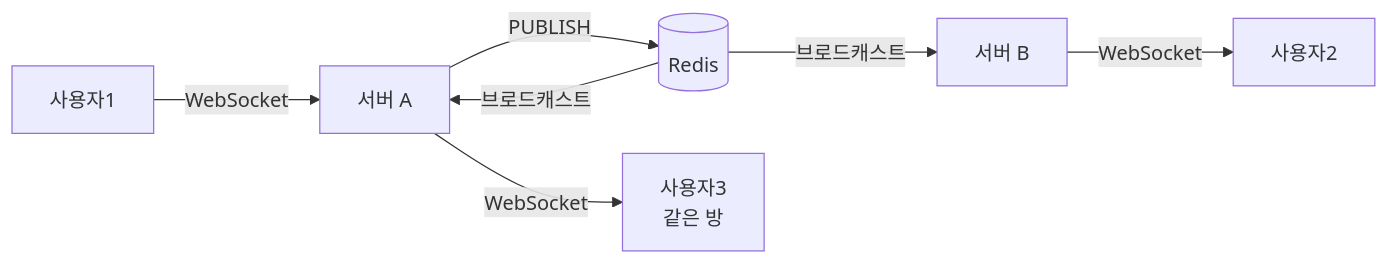
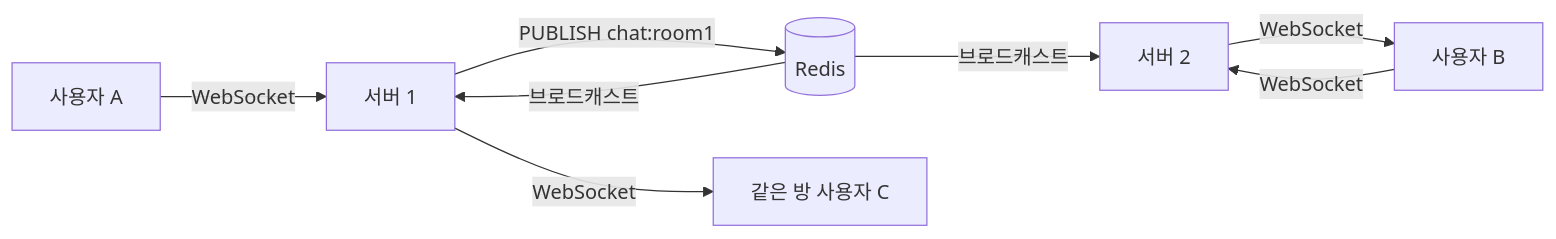
One commit to yjkim2015/yjkim2015.github.io changed the second of 3 diagrams in _posts/redis/2026-05-01-redis-pubsub.md. Above: the diagram before and after it, drawn with Mermaid. The commit also changed other lines of this file and 122 other files, not shown here.

````diff
--- a/_posts/redis/2026-05-01-redis-pubsub.md
+++ b/_posts/redis/2026-05-01-redis-pubsub.md
@@ -260,9 +193,10 @@
 ```mermaid
 graph LR
-    U1[사용자1] -->|WebSocket| SA[서버 A]
-    SA -->|PUBLISH| R[(Redis)]
-    R -->|브로드캐스트| SA
-    R -->|브로드캐스트| SB[서버 B]
-    SB -->|WebSocket| U2[사용자2]
-    SA -->|WebSocket| U3[사용자3<br>같은 방]
+    U1["사용자 A"] -->|"WebSocket"| SA["서버 1"]
+    U2["사용자 B"] -->|"WebSocket"| SB["서버 2"]
+    SA -->|"PUBLISH chat:room1"| R[("Redis")]
+    R -->|"브로드캐스트"| SA
+    R -->|"브로드캐스트"| SB
+    SA -->|"WebSocket"| U3["같은 방 사용자 C"]
+    SB -->|"WebSocket"| U2
 ```
````
